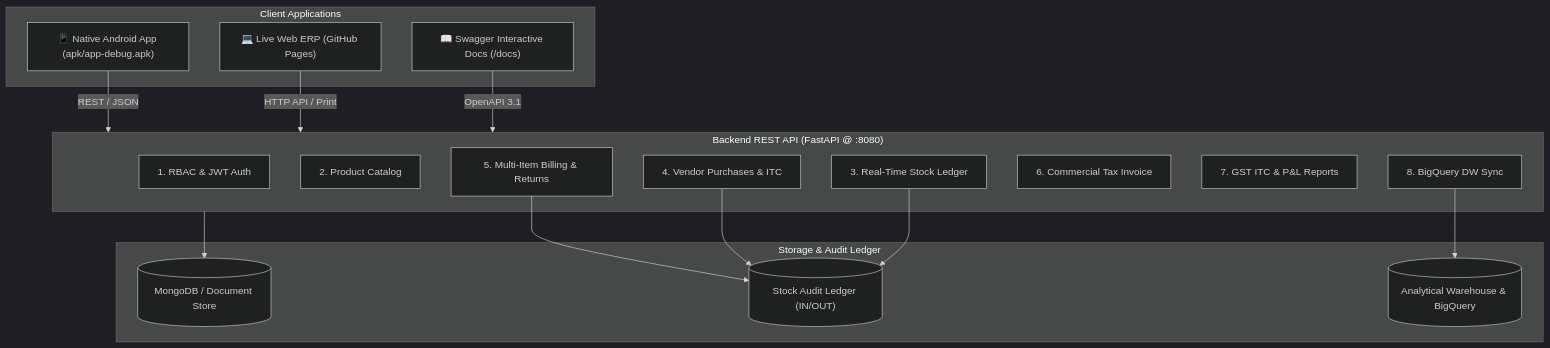
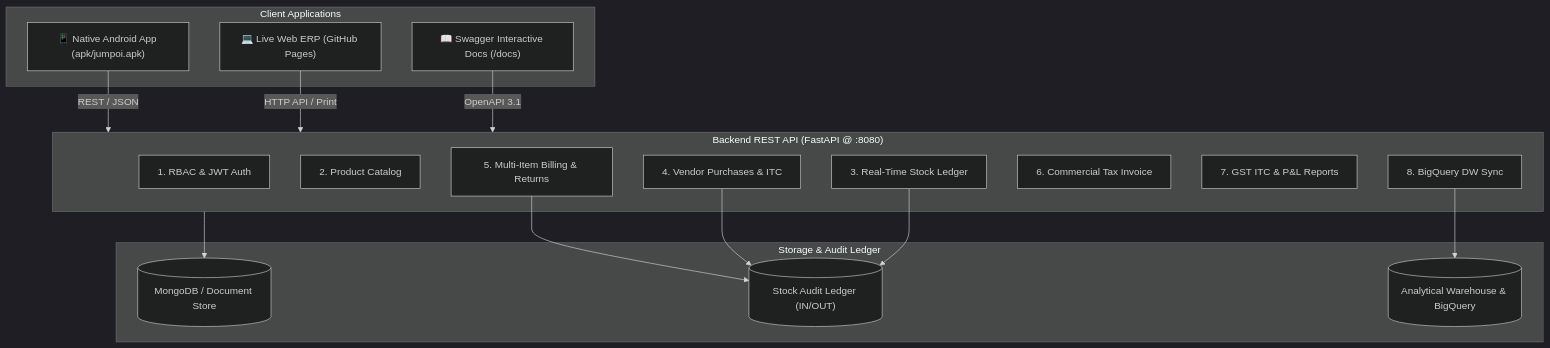
One commit to theju1703/Jumpoi changed the diagram in QA_ASSESSMENT_REPORT.md. Above: the diagram before and after it, drawn with Mermaid (dark theme). The commit also changed other lines of this file and 7 other files, not shown here.

Commit message:
build(apk): rename application and package binary to jumpoi.apk

````diff
--- a/QA_ASSESSMENT_REPORT.md
+++ b/QA_ASSESSMENT_REPORT.md
@@ -19,35 +19,35 @@
 ```mermaid
 graph TD
     subgraph ClientLayer["Client Applications"]
-        AndroidApp["📱 Native Android App (apk/app-debug.apk)"]
+        AndroidApp["📱 Native Android App (apk/jumpoi.apk)"]
         WebPortal["💻 Live Web ERP (GitHub Pages)"]
         APIDocs["📖 Swagger Interactive Docs (/docs)"]
     end
 
     subgraph APILayer["Backend REST API (FastAPI @ :8080)"]
         AuthModule["1. RBAC & JWT Auth"]
         CatalogModule["2. Product Catalog"]
         InventoryModule["3. Real-Time Stock Ledger"]
         ProcureModule["4. Vendor Purchases & ITC"]
         POSModule["5. Multi-Item Billing & Returns"]
         InvoiceGen["6. Commercial Tax Invoice"]
         ReportEngine["7. GST ITC & P&L Reports"]
         ETLModule["8. BigQuery DW Sync"]
     end
 
     subgraph DataLayer["Storage & Audit Ledger"]
         MongoStorage[("MongoDB / Document Store")]
         StockAuditLedger[("Stock Audit Ledger (IN/OUT)")]
         AnalyticsDW[("Analytical Warehouse & BigQuery")]
     end
 
     AndroidApp -->|REST / JSON| APILayer
     WebPortal -->|HTTP API / Print| APILayer
     APIDocs -->|OpenAPI 3.1| APILayer
 
     APILayer --> MongoStorage
     POSModule --> StockAuditLedger
     ProcureModule --> StockAuditLedger
     InventoryModule --> StockAuditLedger
     ETLModule --> AnalyticsDW
 ```
````
